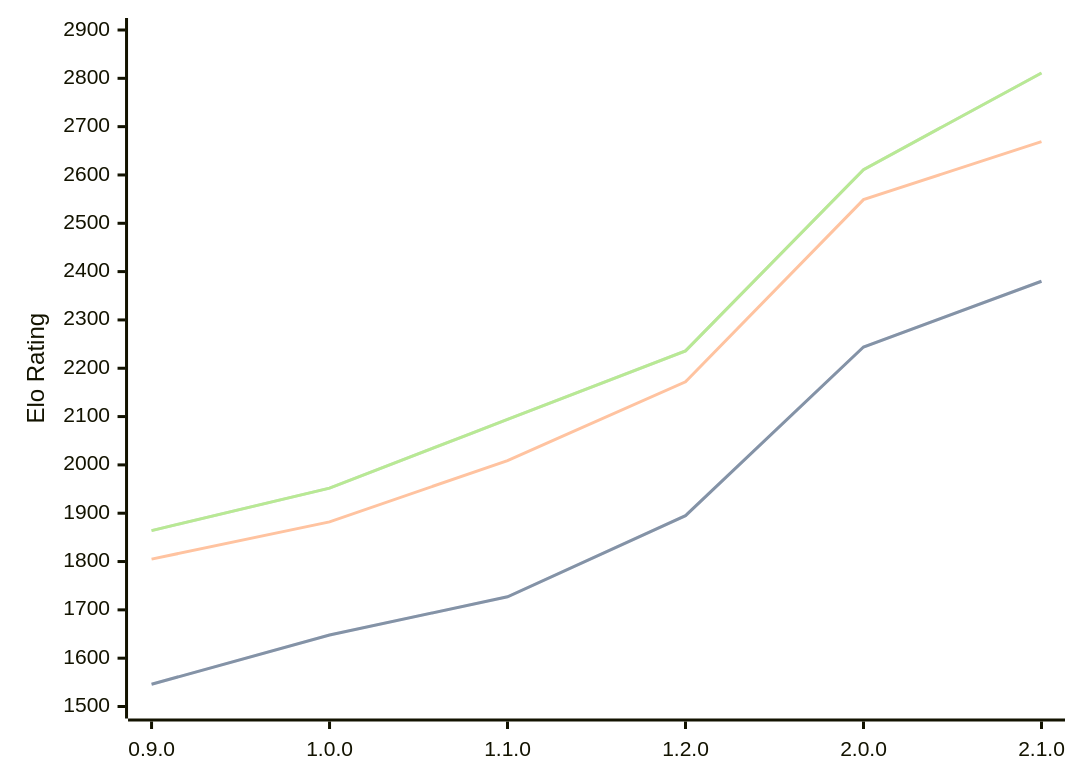
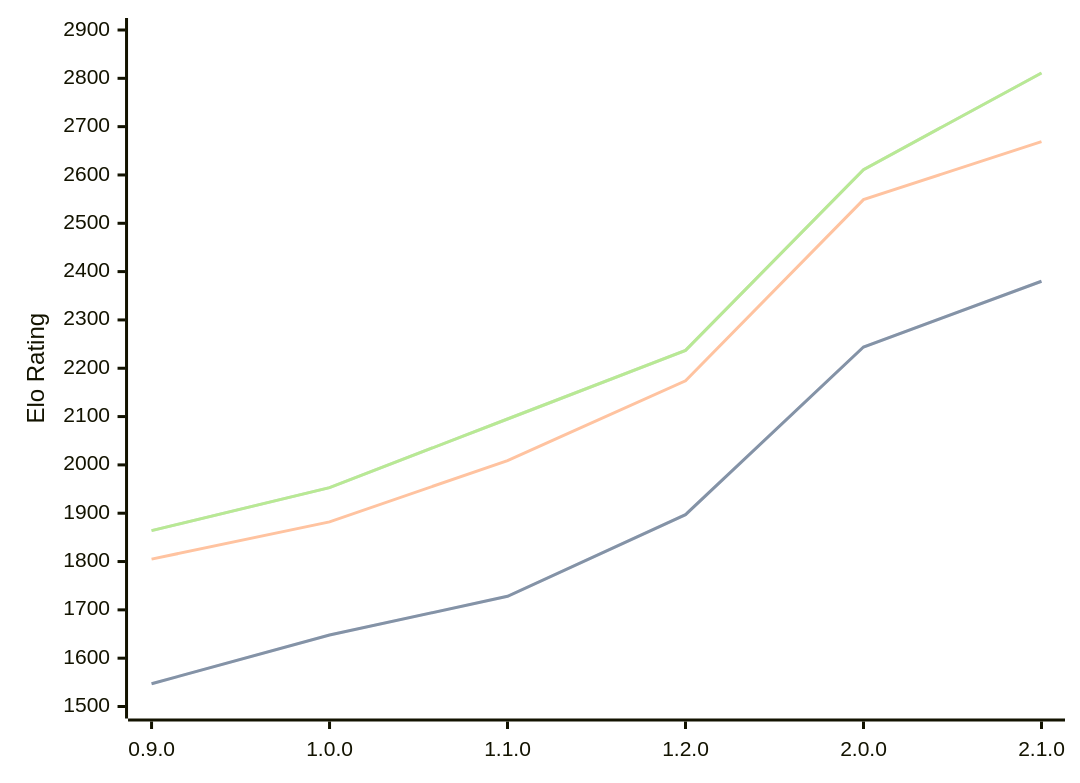
Before and after one commit to computer-chess-index/cci: the diagram in engines/Ratsu.md, drawn with Mermaid. The commit also changed other lines of this file, not shown here.

Commit message:
Update CCI Ratings (ELO VLTC) - 2026-09-06

````diff
--- a/engines/Ratsu.md
+++ b/engines/Ratsu.md
@@ -36,11 +36,11 @@
 ```mermaid
 %%{init: {"theme":"base","themeVariables":{"seriesColors:['#a3a3a3','#222221','#faa371']}}}%%
 xychart-beta
   x-axis ["0.9.0", "1.0.0", "1.1.0", "1.2.0", "2.0.0", "2.1.0"]
   y-axis "Elo Rating" 1500 --> 2900
-  line "" [1546, 1648, 1727, 1895, 2244, 2380]
-  line "STC (8.0+0.08s)" [1546, 1648, 1727, 1895, 2244, 2380]
-  line "LTC (60.0+0.60s)" [1805, 1882, 2009, 2172, 2549, 2669]
-  line "" [1864, 1952, 2094, 2236, 2611, 2811]
-  line "VLTC (2m24s+1.12s)" [1864, 1952, 2094, 2236, 2611, 2811]
+  line "" [1547, 1648, 1728, 1897, 2244, 2380]
+  line "STC (8.0+0.08s)" [1547, 1648, 1728, 1897, 2244, 2380]
+  line "LTC (60.0+0.60s)" [1805, 1882, 2009, 2174, 2549, 2669]
+  line "" [1864, 1953, 2095, 2237, 2611, 2811]
+  line "VLTC (2m24s+1.12s)" [1864, 1953, 2095, 2237, 2611, 2811]
 ```
````
